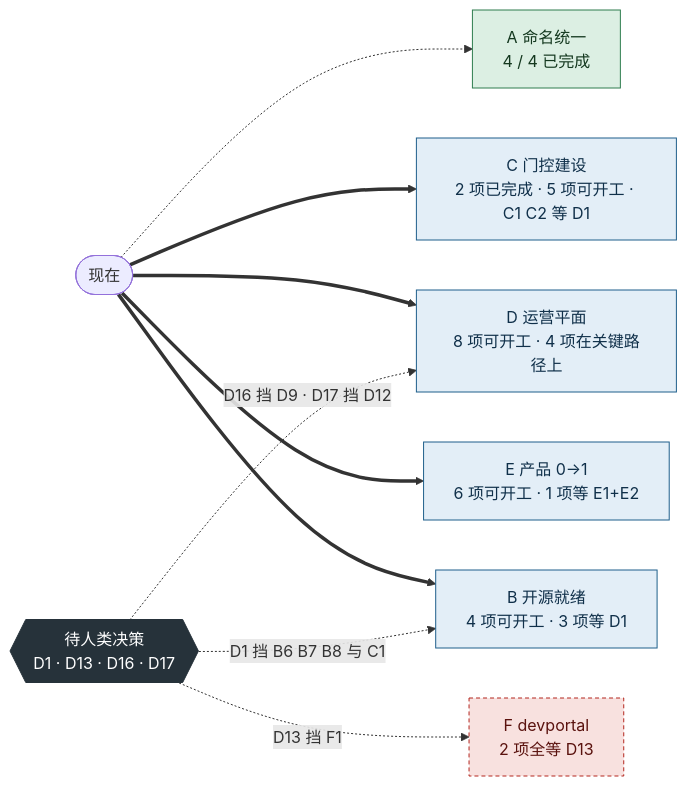
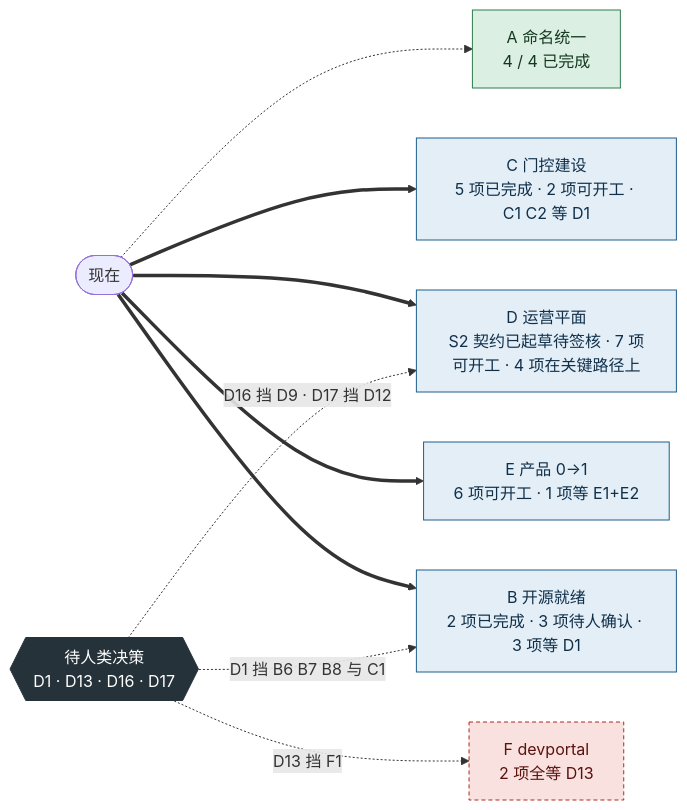
Before and after one commit to boardx/workspacex: the first of 4 diagrams in docs/research/implementation-backlog.md, drawn with Mermaid. The commit also changed other lines of this file, not shown here.

First line of the commit message:
docs(research): R10 收口——状态写回 backlog 图表，记录十轮结果与挡在人手里的事

````diff
--- a/docs/research/implementation-backlog.md
+++ b/docs/research/implementation-backlog.md
@@ -51,23 +51,23 @@
 ```mermaid
 flowchart LR
     classDef done fill:#DCEFE3,stroke:#2E7D4F,color:#14381F
     classDef ready fill:#E3EEF7,stroke:#1F5F8B,color:#10304A
     classDef block fill:#F8E1DF,stroke:#B3261E,color:#5A120E,stroke-dasharray:4 3
     classDef dec fill:#26323A,stroke:#26323A,color:#FFFFFF
     NOW(["现在"])
     A["A 命名统一<br/>4 / 4 已完成"]:::done
-    C["C 门控建设<br/>2 项已完成 · 5 项可开工 · C1 C2 等 D1"]:::ready
-    D["D 运营平面<br/>8 项可开工 · 4 项在关键路径上"]:::ready
+    C["C 门控建设<br/>5 项已完成 · 2 项可开工 · C1 C2 等 D1"]:::ready
+    D["D 运营平面<br/>S2 契约已起草待签核 · 7 项可开工 · 4 项在关键路径上"]:::ready
     E["E 产品 0→1<br/>6 项可开工 · 1 项等 E1+E2"]:::ready
-    B["B 开源就绪<br/>4 项可开工 · 3 项等 D1"]:::ready
+    B["B 开源就绪<br/>2 项已完成 · 3 项待人确认 · 3 项等 D1"]:::ready
     F["F devportal<br/>2 项全等 D13"]:::block
     G{{"待人类决策<br/>D1 · D13 · D16 · D17"}}:::dec
     NOW -.-> A
     NOW ==> C
     NOW ==> D
     NOW ==> E
     NOW ==> B
     G -. "D1 挡 B6 B7 B8 与 C1" .-> B
     G -. "D13 挡 F1" .-> F
     G -. "D16 挡 D9 · D17 挡 D12" .-> D
 ```
````
